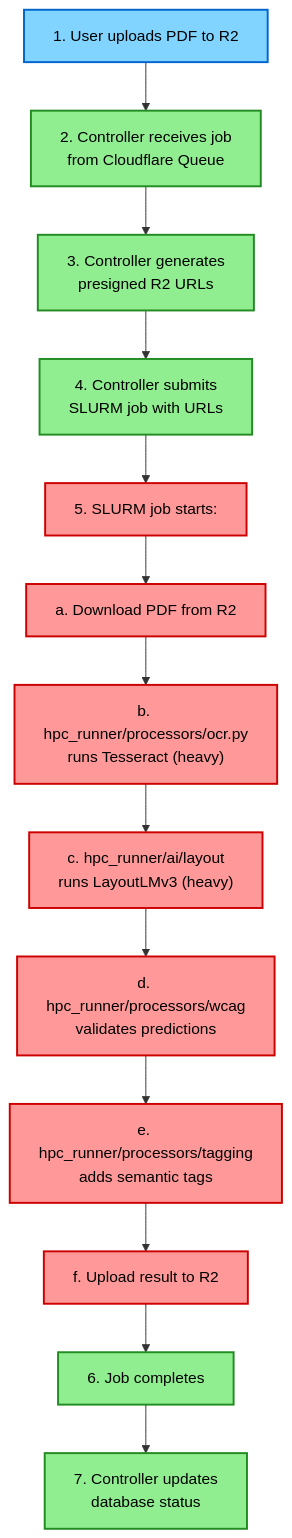
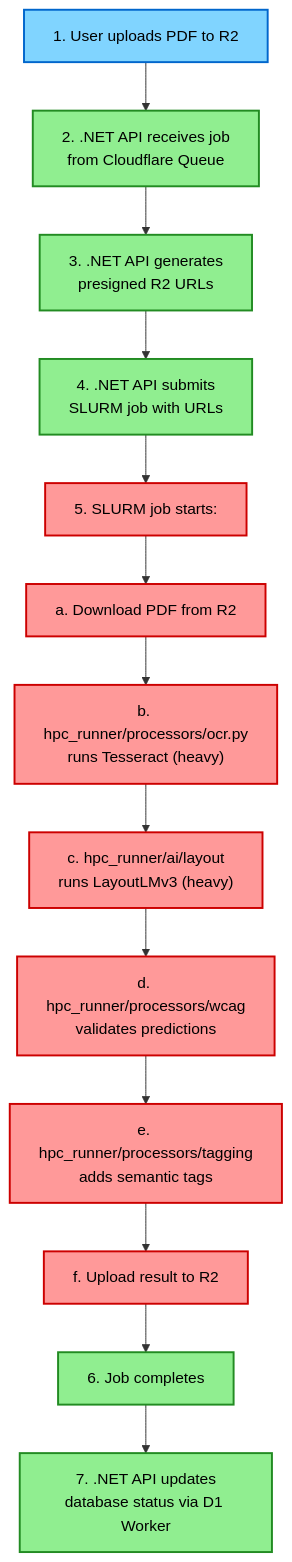
One commit to ucdavis/accessible-pdf-rocky changed the second of 2 diagrams in docs/ARCHITECTURE.md. Above: the diagram before and after it, drawn with Mermaid. The commit also changed other lines of this file and 121 other files, not shown here.

````diff
--- a/docs/ARCHITECTURE.md
+++ b/docs/ARCHITECTURE.md
@@ -255,32 +261,32 @@
 ```mermaid
 flowchart TD
-    A["1. User uploads PDF to R2"] --> B["2. Controller receives job<br/>from Cloudflare Queue"]
-    B --> C["3. Controller generates<br/>presigned R2 URLs"]
-    C --> D["4. Controller submits<br/>SLURM job with URLs"]
+    A["1. User uploads PDF to R2"] --> B["2. .NET API receives job<br/>from Cloudflare Queue"]
+    B --> C["3. .NET API generates<br/>presigned R2 URLs"]
+    C --> D["4. .NET API submits<br/>SLURM job with URLs"]
     
     D --> E["5. SLURM job starts:"]
     
     E --> E0["a. Download PDF from R2"]
     E0 --> E1["b. hpc_runner/processors/ocr.py<br/>runs Tesseract (heavy)"]
     E1 --> E2["c. hpc_runner/ai/layout<br/>runs LayoutLMv3 (heavy)"]
     E2 --> E3["d. hpc_runner/processors/wcag<br/>validates predictions"]
     E3 --> E4["e. hpc_runner/processors/tagging<br/>adds semantic tags"]
     E4 --> E5["f. Upload result to R2"]
     
     E5 --> F["6. Job completes"]
-    F --> G["7. Controller updates<br/>database status"]
+    F --> G["7. .NET API updates<br/>database status via D1 Worker"]
     
     style A fill:#80d4ff,stroke:#0066cc,stroke-width:2px,color:#000
     style B fill:#90ee90,stroke:#228b22,stroke-width:2px,color:#000
     style C fill:#90ee90,stroke:#228b22,stroke-width:2px,color:#000
     style D fill:#90ee90,stroke:#228b22,stroke-width:2px,color:#000
     style E fill:#ff9999,stroke:#cc0000,stroke-width:2px,color:#000
     style E0 fill:#ff9999,stroke:#cc0000,stroke-width:2px,color:#000
     style E1 fill:#ff9999,stroke:#cc0000,stroke-width:2px,color:#000
     style E2 fill:#ff9999,stroke:#cc0000,stroke-width:2px,color:#000
     style E3 fill:#ff9999,stroke:#cc0000,stroke-width:2px,color:#000
     style E4 fill:#ff9999,stroke:#cc0000,stroke-width:2px,color:#000
     style E5 fill:#ff9999,stroke:#cc0000,stroke-width:2px,color:#000
     style F fill:#90ee90,stroke:#228b22,stroke-width:2px,color:#000
     style G fill:#90ee90,stroke:#228b22,stroke-width:2px,color:#000
 ```
````
